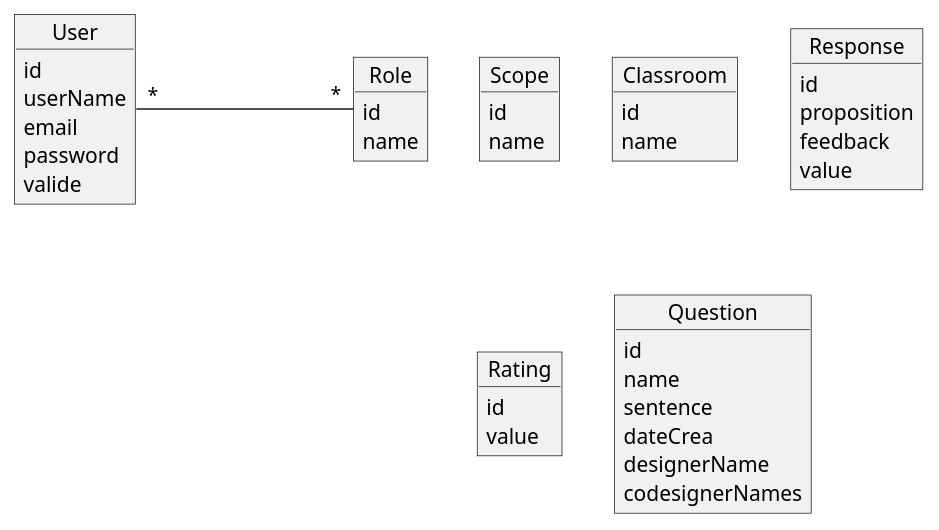
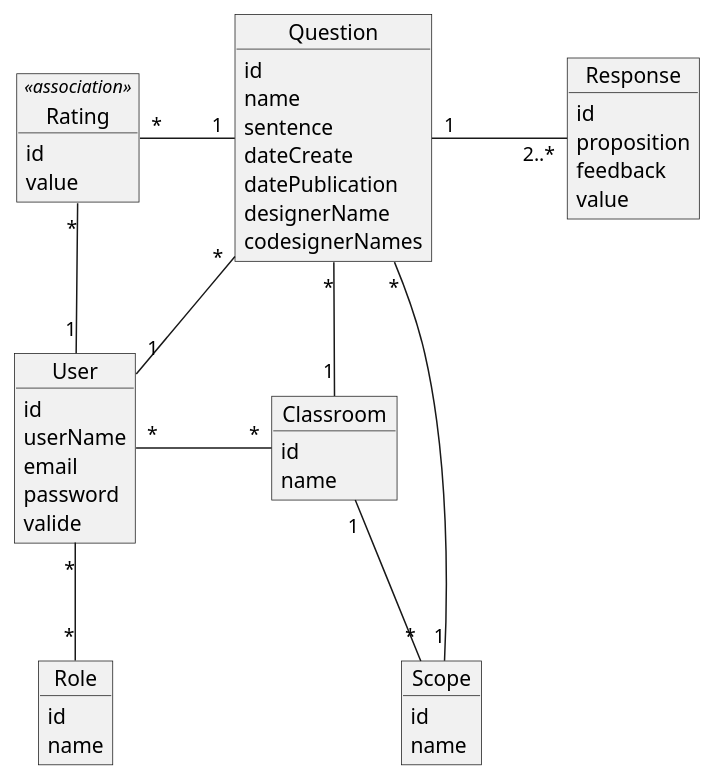
The diagram in docs/analyse.puml (ocapuozzo/quizbe), drawn with PlantUML before and after one commit.

Commit message:
analyse V1

```diff
--- a/docs/analyse.puml
+++ b/docs/analyse.puml
@@ -1,49 +1,58 @@
 @startuml
 ' https://plantuml.com/fr/class-diagram
 Object Scope {
 id
 name
 }
 
 Object Classroom {
 id
 name
 }
 
 Object Response {
 id
 proposition
 feedback
 value
 }
 
-Object Rating {
+Object Rating <<association>>{
 id
 value
 }
 
 Object Question{
 id
 name
 sentence
-dateCrea
+dateCreate
+datePublication
 designerName
 codesignerNames
 }
 
 Object User{
 id
 userName
 email
 password
 valide
 }
 
 Object Role {
 id
 name
 }
 
-User "*" - "*" Role:"\t\t\t\t"
+User "*" -- "*" Role:"\t\t\t\t"
+User "*" - "*" Classroom:"\t\t"
+Question "1" - "2..*" Response:"\t\t"
+Question "*" -- "1" Scope
+Question "*" -- "1" Classroom
+Question "*" -- "1" User
+Rating "*" - "1" Question:"\t"
+Rating "*" -- "1" User
+Classroom "1" -- "*" Scope
 
 @enduml
```
